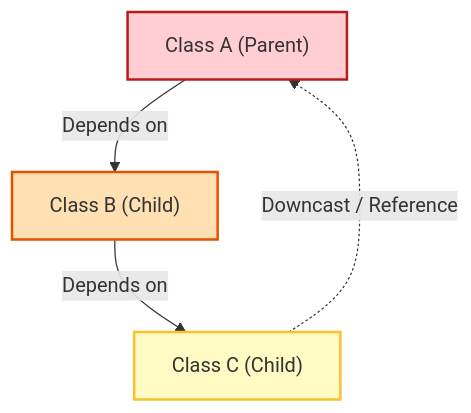
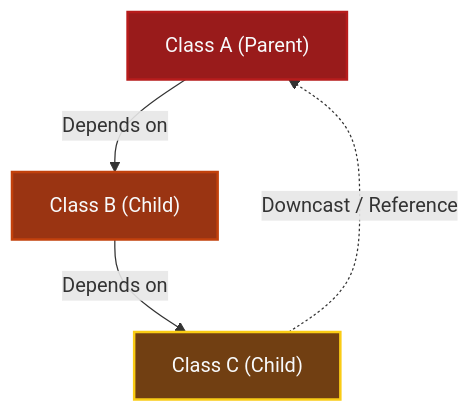
The second of 2 diagrams in _posts/java/06-Polymorphism-다형성/2026-01-04-다운캐스팅.md (Kang-Hyesung/kang-hyesung.github.io), drawn with Mermaid before and after one commit. The commit also changed other lines of this file and 74 other files, not shown here.

Commit message:
docs: update post visibility and mermaid colors

````diff
--- a/_posts/java/06-Polymorphism-다형성/2026-01-04-다운캐스팅.md
+++ b/_posts/java/06-Polymorphism-다형성/2026-01-04-다운캐스팅.md
@@ -67,12 +67,12 @@
 ```mermaid
 graph TD
     A["Class A (Parent)"] -->|Depends on| B["Class B (Child)"]
     B -->|Depends on| C["Class C (Child)"]
     C -.->|Downcast / Reference| A
 
     %% 스타일 정의
-    style A fill:#ffcdd2,stroke:#b71c1c,stroke-width:2px
-    style B fill:#ffe0b2,stroke:#e65100,stroke-width:2px
-    style C fill:#fff9c4,stroke:#fbc02d,stroke-width:2px
+    style A fill:#991b1b,stroke:#b71c1c,stroke-width:2px,color:#f8fafc
+    style B fill:#9a3412,stroke:#c2410c,stroke-width:2px,color:#f8fafc
+    style C fill:#713f12,stroke:#facc15,stroke-width:2px,color:#f8fafc
 
 ```
````
